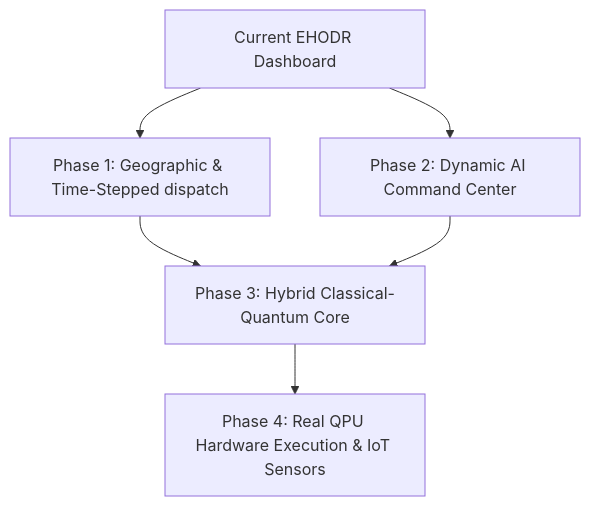
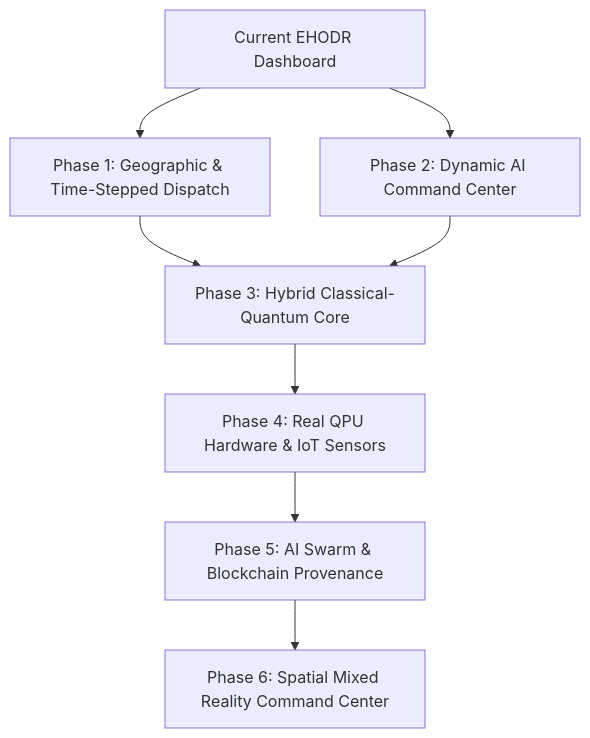
One commit to Nivet2006/EHODR changed the diagram in FUTURE.md. Above: the diagram before and after it, drawn with Mermaid. The commit also changed other lines of this file, not shown here.

````diff
--- a/FUTURE.md
+++ b/FUTURE.md
@@ -9,8 +9,10 @@
 ```mermaid
 graph TD
-    A[Current EHODR Dashboard] --> B[Phase 1: Geographic & Time-Stepped dispatch]
+    A[Current EHODR Dashboard] --> B[Phase 1: Geographic & Time-Stepped Dispatch]
     A --> C[Phase 2: Dynamic AI Command Center]
     B --> D[Phase 3: Hybrid Classical-Quantum Core]
     C --> D
-    D --> E[Phase 4: Real QPU Hardware Execution & IoT Sensors]
+    D --> E[Phase 4: Real QPU Hardware & IoT Sensors]
+    E --> F[Phase 5: AI Swarm & Blockchain Provenance]
+    F --> G[Phase 6: Spatial Mixed Reality Command Center]
 ```
````
